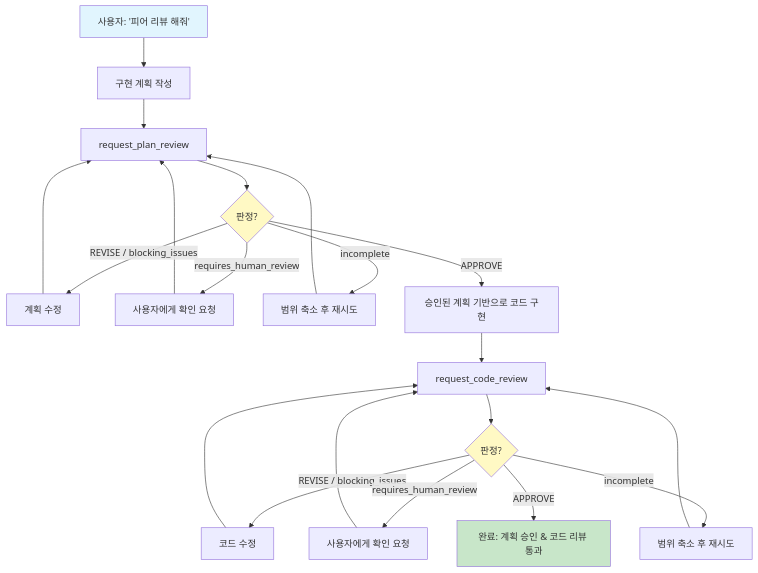
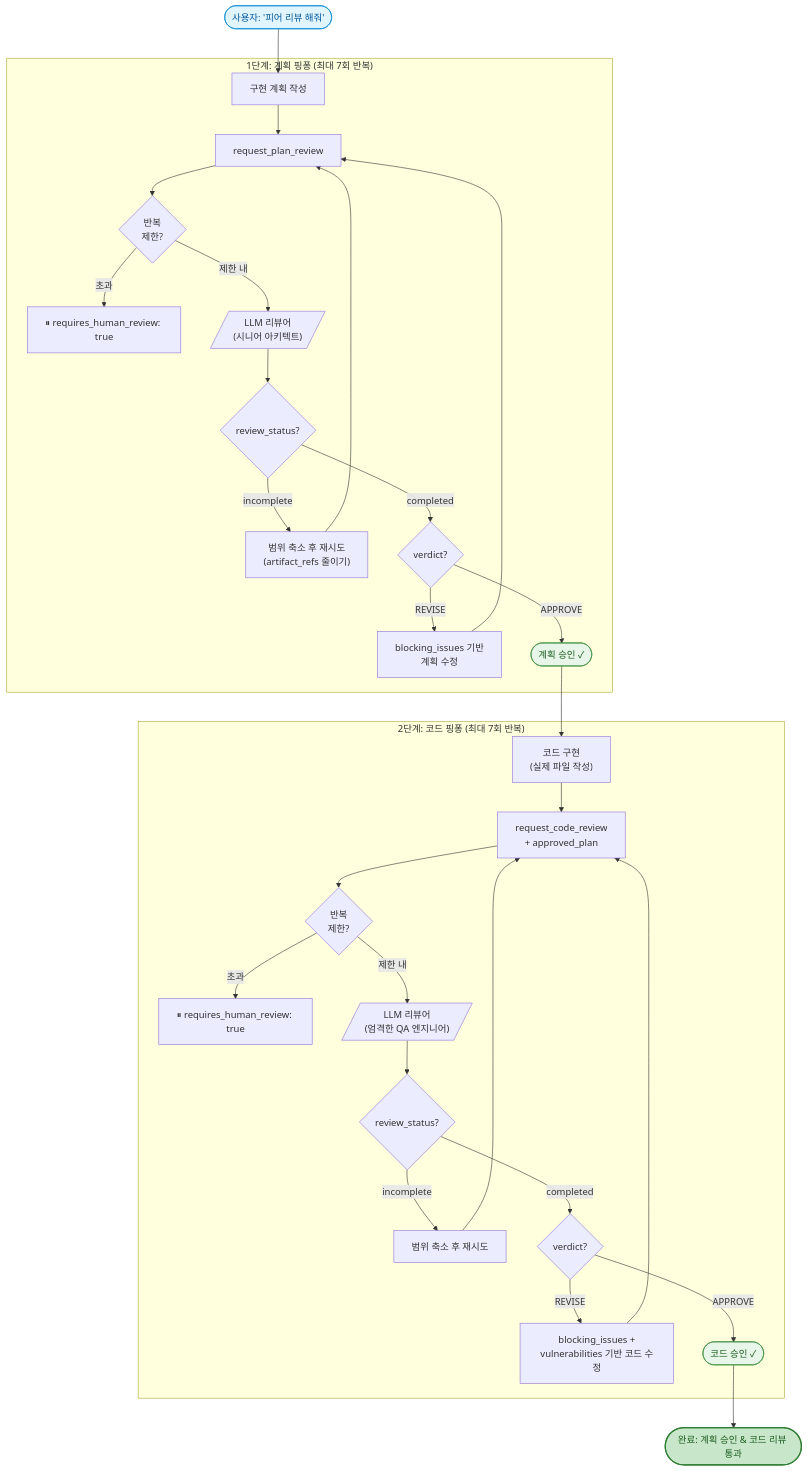
One commit to Planningo/duul changed the first of 4 diagrams in README.ko.md. Above: the diagram before and after it, drawn with Mermaid. The commit also changed other lines of this file and 1 other file, not shown here.

First line of the commit message:
docs: replace flowcharts with comprehensive mermaid diagrams

````diff
--- a/README.ko.md
+++ b/README.ko.md
@@ -22,27 +24,40 @@
 ```mermaid
 flowchart TD
-    A["사용자: '피어 리뷰 해줘'"] --> B[구현 계획 작성]
-    B --> C[request_plan_review]
-    C --> D{판정?}
-    D -- "REVISE / blocking_issues" --> E[계획 수정]
-    E --> C
-    D -- "requires_human_review" --> F[사용자에게 확인 요청]
-    F --> C
-    D -- "incomplete" --> C2[범위 축소 후 재시도]
-    C2 --> C
-    D -- "APPROVE" --> G[승인된 계획 기반으로 코드 구현]
-    G --> H[request_code_review]
-    H --> I{판정?}
-    I -- "REVISE / blocking_issues" --> J[코드 수정]
-    J --> H
-    I -- "requires_human_review" --> K[사용자에게 확인 요청]
-    K --> H
-    I -- "incomplete" --> H2[범위 축소 후 재시도]
-    H2 --> H
-    I -- "APPROVE" --> L["완료: 계획 승인 & 코드 리뷰 통과"]
+    Start(["사용자: '피어 리뷰 해줘'"]):::trigger --> Plan["구현 계획 작성"]
 
-    style A fill:#e1f5fe
-    style L fill:#c8e6c9
-    style D fill:#fff9c4
-    style I fill:#fff9c4
+    subgraph Phase1["1단계: 계획 핑퐁 (최대 7회 반복)"]
+        Plan --> PR["request_plan_review"]
+        PR --> IterCheck1{반복\n제한?}
+        IterCheck1 -- "초과" --> Human1["⏸ requires_human_review: true"]
+        IterCheck1 -- "제한 내" --> Review1[/"LLM 리뷰어\n(시니어 아키텍트)"/]
+        Review1 --> Status1{review_status?}
+        Status1 -- "incomplete" --> Narrow1["범위 축소 후 재시도\n(artifact_refs 줄이기)"]
+        Narrow1 --> PR
+        Status1 -- "completed" --> Verdict1{verdict?}
+        Verdict1 -- "REVISE" --> Fix1["blocking_issues 기반\n계획 수정"]
+        Fix1 --> PR
+        Verdict1 -- "APPROVE" --> PlanOK(["계획 승인 ✓"]):::approved
+    end
+
+    PlanOK --> Impl["코드 구현\n(실제 파일 작성)"]
+
+    subgraph Phase2["2단계: 코드 핑퐁 (최대 7회 반복)"]
+        Impl --> CR["request_code_review\n+ approved_plan"]
+        CR --> IterCheck2{반복\n제한?}
+        IterCheck2 -- "초과" --> Human2["⏸ requires_human_review: true"]
+        IterCheck2 -- "제한 내" --> Review2[/"LLM 리뷰어\n(엄격한 QA 엔지니어)"/]
+        Review2 --> Status2{review_status?}
+        Status2 -- "incomplete" --> Narrow2["범위 축소 후 재시도"]
+        Narrow2 --> CR
+        Status2 -- "completed" --> Verdict2{verdict?}
+        Verdict2 -- "REVISE" --> Fix2["blocking_issues +\nvulnerabilities 기반 코드 수정"]
+        Fix2 --> CR
+        Verdict2 -- "APPROVE" --> CodeOK(["코드 승인 ✓"]):::approved
+    end
+
+    CodeOK --> Done(["완료: 계획 승인 & 코드 리뷰 통과"]):::done
+
+    classDef trigger fill:#e1f5fe,stroke:#0288d1,color:#01579b
+    classDef approved fill:#e8f5e9,stroke:#388e3c,color:#1b5e20
+    classDef done fill:#c8e6c9,stroke:#2e7d32,color:#1b5e20,stroke-width:2px
 ```
````
